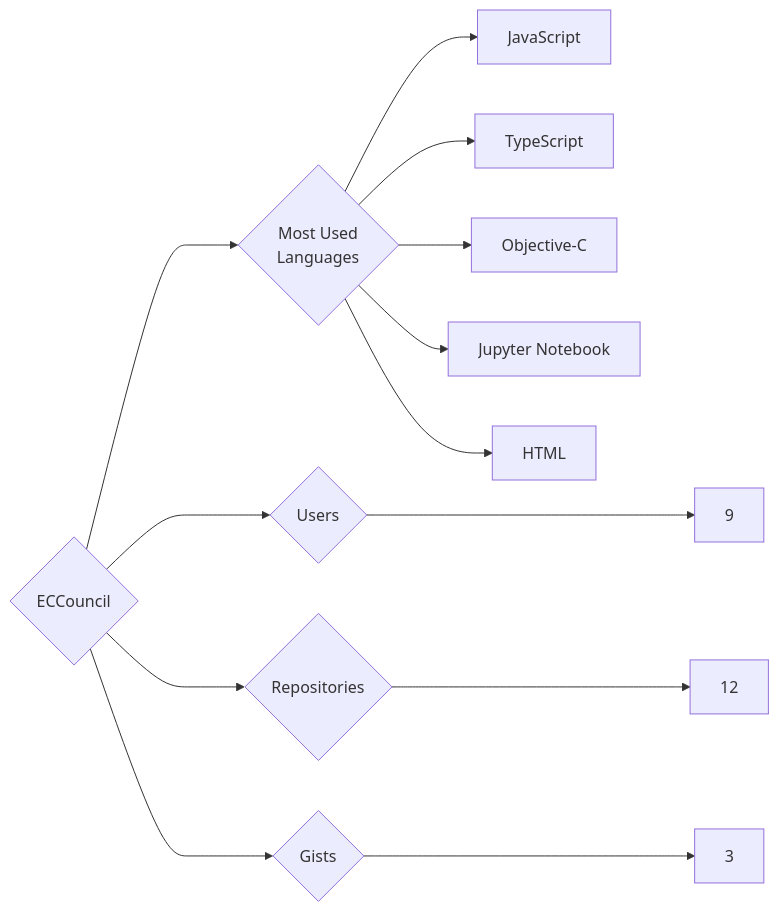
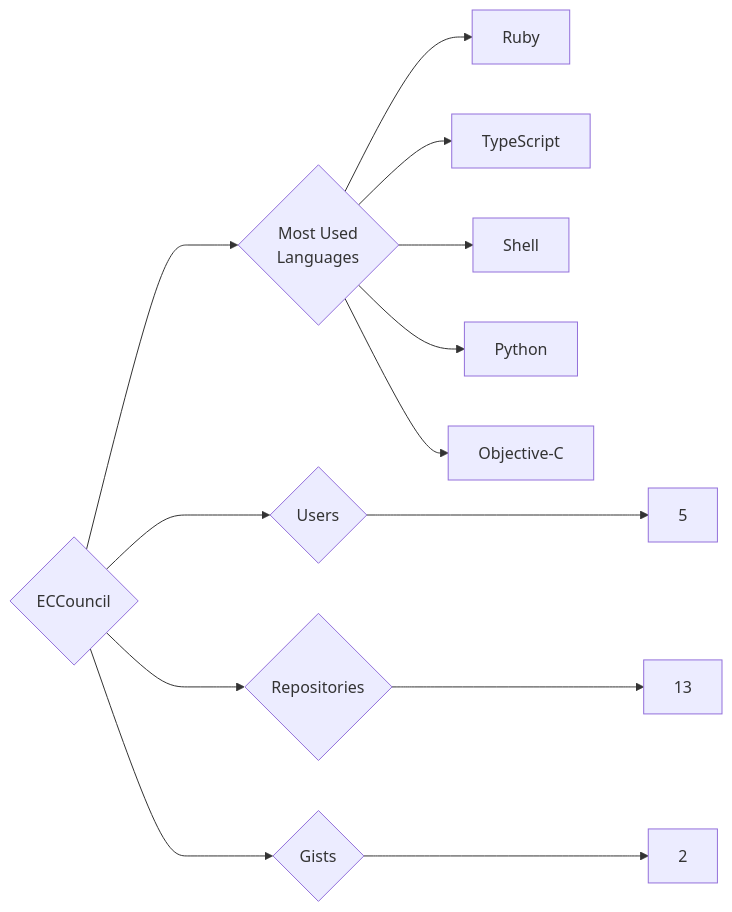
Before and after one commit to trickest/insiders: the diagram in targets/ECCouncil/README.md, drawn with Mermaid. The commit also changed 1166 other files, not shown here.

````diff
--- a/targets/ECCouncil/README.md
+++ b/targets/ECCouncil/README.md
@@ -3,13 +3,13 @@
 ```mermaid
 graph LR
 COMPANY_NAME{ECCouncil}
-COMPANY_NAME ---> U{Users} ---> UN[9]
-COMPANY_NAME ---> R{Repositories} ---> RN[12]
-COMPANY_NAME ---> G{Gists} ---> GN[3]
+COMPANY_NAME ---> U{Users} ---> UN[5]
+COMPANY_NAME ---> R{Repositories} ---> RN[13]
+COMPANY_NAME ---> G{Gists} ---> GN[2]
 COMPANY_NAME ---> ML{Most Used<br>Languages}
-ML --> JavaScript[JavaScript]
+ML --> Ruby[Ruby]
 ML --> TypeScript[TypeScript]
+ML --> Shell[Shell]
+ML --> Python[Python]
 ML --> Objective-C[Objective-C]
-ML --> Jupyter_Notebook[Jupyter Notebook]
-ML --> HTML[HTML]
 ```
````
